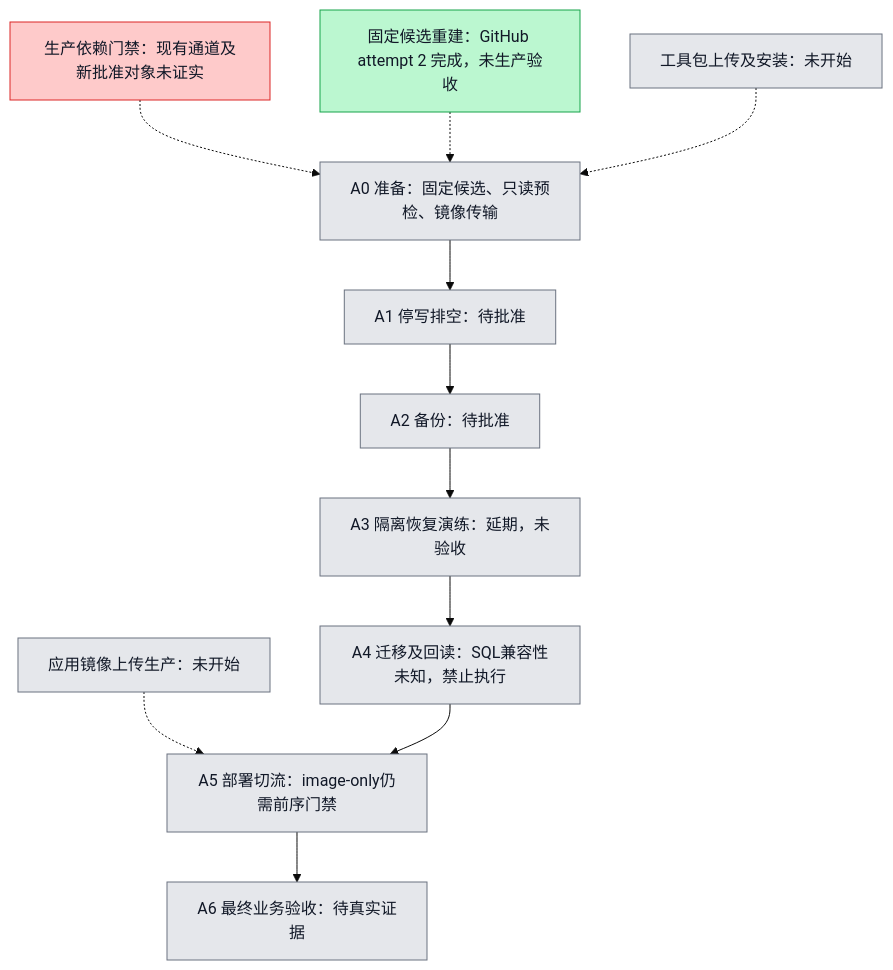
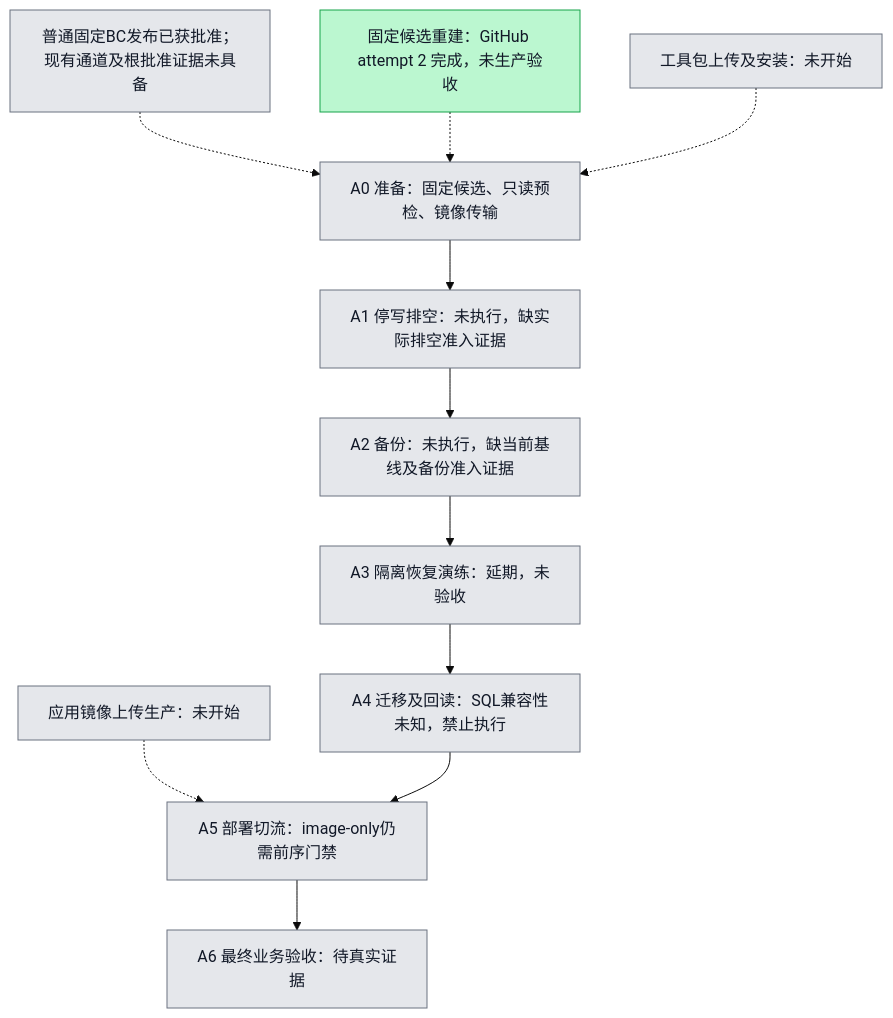
The diagram in docs/operations/cn-release-entry/plan.md (boardx/workspacex), drawn with Mermaid (base theme) before and after one commit. The commit also changed other lines of this file, not shown here.

````diff
--- a/docs/operations/cn-release-entry/plan.md
+++ b/docs/operations/cn-release-entry/plan.md
@@ -16,36 +16,35 @@
 ```mermaid
 flowchart TD
   A0[A0 准备：固定候选、只读预检、镜像传输]
-  A1[A1 停写排空：待批准]
-  A2[A2 备份：待批准]
+  A1[A1 停写排空：未执行，缺实际排空准入证据]
+  A2[A2 备份：未执行，缺当前基线及备份准入证据]
   A3[A3 隔离恢复演练：延期，未验收]
   A4[A4 迁移及回读：SQL兼容性未知，禁止执行]
   A5[A5 部署切流：image-only仍需前序门禁]
   A6[A6 最终业务验收：待真实证据]
   B0[固定候选重建：GitHub attempt 2 完成，未生产验收]
   K0[工具包上传及安装：未开始]
   I0[应用镜像上传生产：未开始]
-  C0[生产依赖门禁：现有通道及新批准对象未证实]
+  C0[普通固定BC发布已获批准；现有通道及根批准证据未具备]
   C0 -.-> A0
   B0 -.-> A0
   K0 -.-> A0
   I0 -.-> A5
   A0 --> A1 --> A2 --> A3 --> A4 --> A5 --> A6
   classDef todo fill:#e5e7eb,stroke:#6b7280,color:#111827
   classDef doing fill:#fde68a,stroke:#d97706,color:#111827
   classDef done fill:#bbf7d0,stroke:#16a34a,color:#111827
   classDef tested fill:#ddd6fe,stroke:#7c3aed,color:#111827
-  classDef blocked fill:#fecaca,stroke:#dc2626,color:#111827
-  class C0 blocked
-  %% blocked C0: 现有 secrets/runner 元数据读取403；匹配新根批准、输入原件及SQL兼容证据未证实；未提交生产调用
+  class C0 todo
+  %% C0 灰色阻塞说明：普通发布已批准；现有 secrets/runner 元数据读取403，匹配新根批准、输入原件及SQL兼容证据未证实；未提交生产调用
   class B0 done
   class K0 todo
   class I0 todo
   class A0 todo
   class A1 todo
   class A2 todo
   class A3 todo
   class A4 todo
   class A5 todo
   class A6 todo
 ```
````
